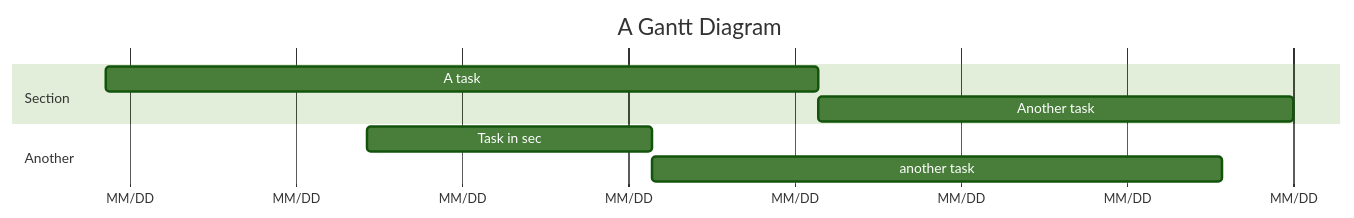
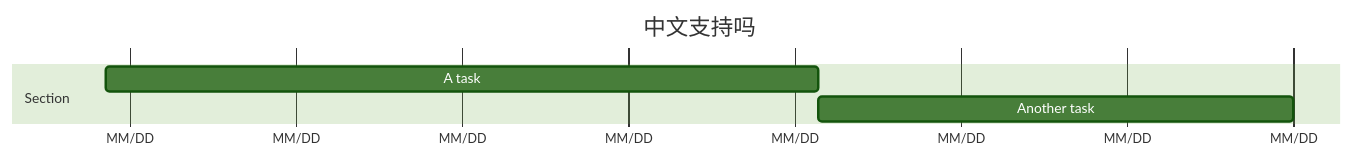
The diagram in _drafts/2022-1.md (JiYouMCC/JiYouMCC.github.io), drawn with Mermaid (forest theme) before and after one commit.

````diff
--- a/_drafts/2022-1.md
+++ b/_drafts/2022-1.md
@@ -1,12 +1,9 @@
 ```mermaid
 gantt
-title A Gantt Diagram
+title 中文支持吗
 dateFormat MM/DD
 axisFormat MM/DD
 section Section
     A task           :a1, 2022-01-01, 30d
     Another task     :after a1  , 20d
-section Another
-    Task in sec      :2022-01-12  , 12d
-    another task      : 24d
 ```
````
